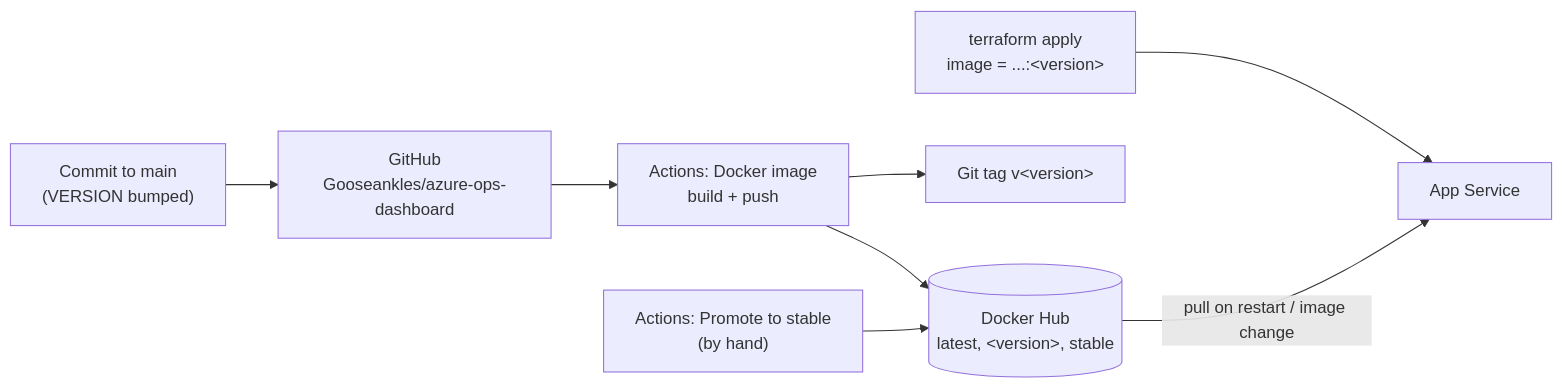
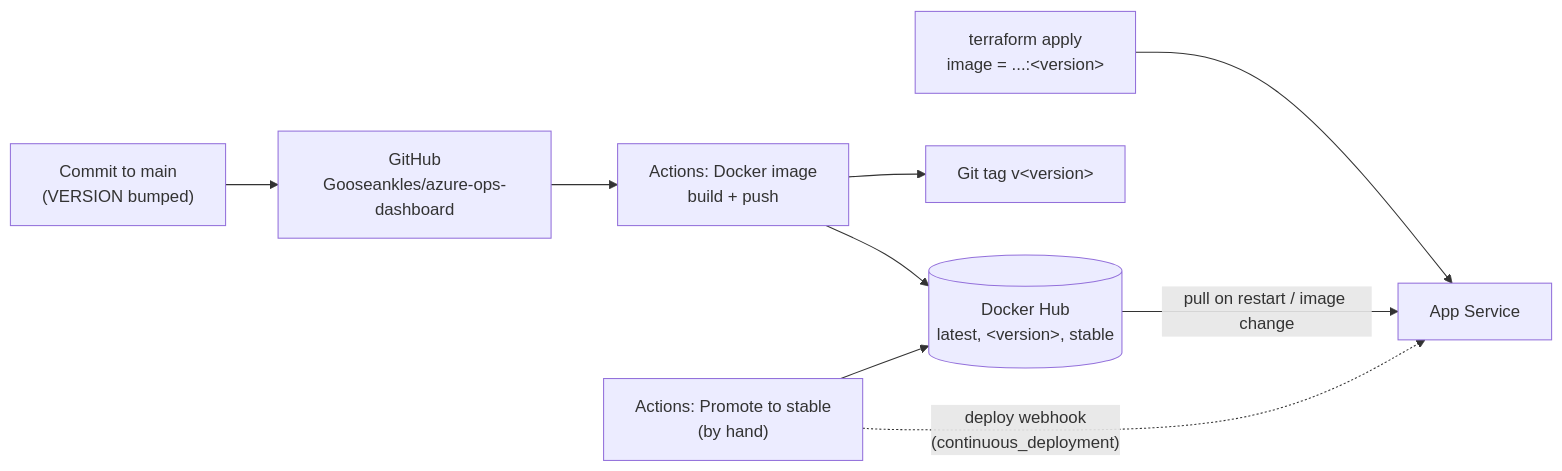
Before and after one commit to Gooseankles/cirrus-watch: the eighth of 10 diagrams in docs/architecture.md, drawn with Mermaid. The commit also changed other lines of this file and 15 other files, not shown here.

````diff
--- a/docs/architecture.md
+++ b/docs/architecture.md
@@ -311,10 +311,11 @@
 ```mermaid
 flowchart LR
   dev["Commit to main<br/>(VERSION bumped)"] --> gh["GitHub<br/>Gooseankles/azure-ops-dashboard"]
   gh --> ci["Actions: Docker image<br/>build + push"]
   ci --> hub[("Docker Hub<br/>latest, &lt;version&gt;, stable")]
   ci --> tag["Git tag v&lt;version&gt;"]
   promote["Actions: Promote to stable<br/>(by hand)"] --> hub
   tfrun["terraform apply<br/>image = ...:&lt;version&gt;"] --> web["App Service"]
   hub -- "pull on restart / image change" --> web
+  promote -. "deploy webhook<br/>(continuous_deployment)" .-> web
 ```
````
